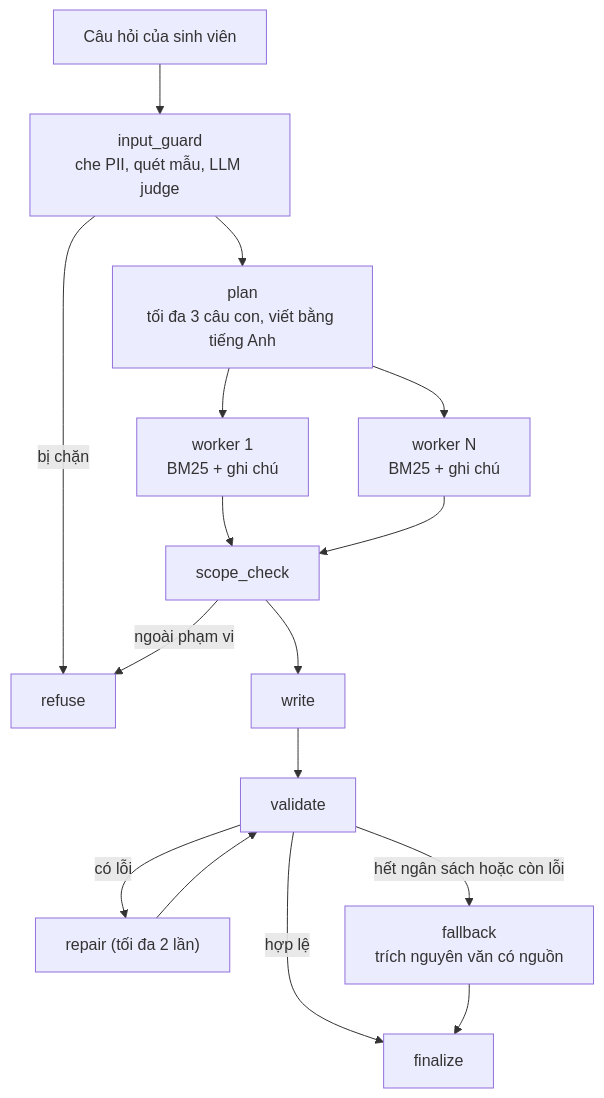
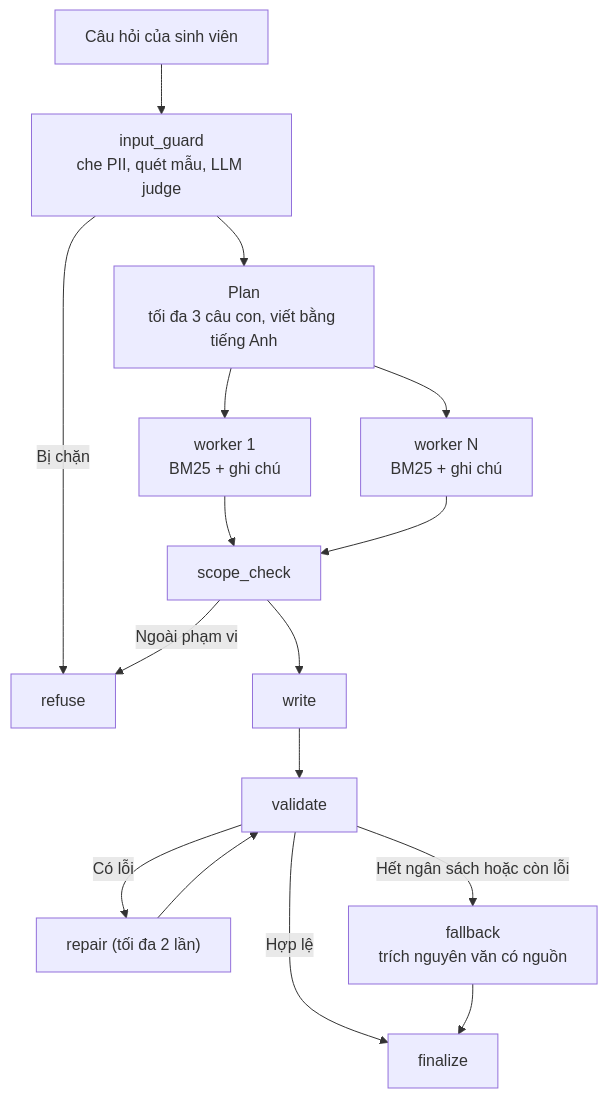
Before and after one commit to mthanh-412/OppHunter: the diagram in README.md, drawn with Mermaid.

````diff
--- a/README.md
+++ b/README.md
@@ -20,18 +20,18 @@
 ```mermaid
 flowchart TD
     Q["Câu hỏi của sinh viên"] --> G["input_guard<br/>che PII, quét mẫu, LLM judge"]
-    G -- "bị chặn" --> R["refuse"]
-    G --> P["plan<br/>tối đa 3 câu con, viết bằng tiếng Anh"]
+    G -- "Bị chặn" --> R["refuse"]
+    G --> P["Plan<br/>tối đa 3 câu con, viết bằng tiếng Anh"]
     P --> W1["worker 1<br/>BM25 + ghi chú"]
     P --> W2["worker N<br/>BM25 + ghi chú"]
     W1 --> S["scope_check"]
     W2 --> S
-    S -- "ngoài phạm vi" --> R
+    S -- "Ngoài phạm vi" --> R
     S --> WR["write"]
     WR --> V["validate"]
-    V -- "hợp lệ" --> F["finalize"]
-    V -- "có lỗi" --> RP["repair (tối đa 2 lần)"]
+    V -- "Hợp lệ" --> F["finalize"]
+    V -- "Có lỗi" --> RP["repair (tối đa 2 lần)"]
     RP --> V
-    V -- "hết ngân sách hoặc còn lỗi" --> FB["fallback<br/>trích nguyên văn có nguồn"]
+    V -- "Hết ngân sách hoặc còn lỗi" --> FB["fallback<br/>trích nguyên văn có nguồn"]
     FB --> F
 ```
````
